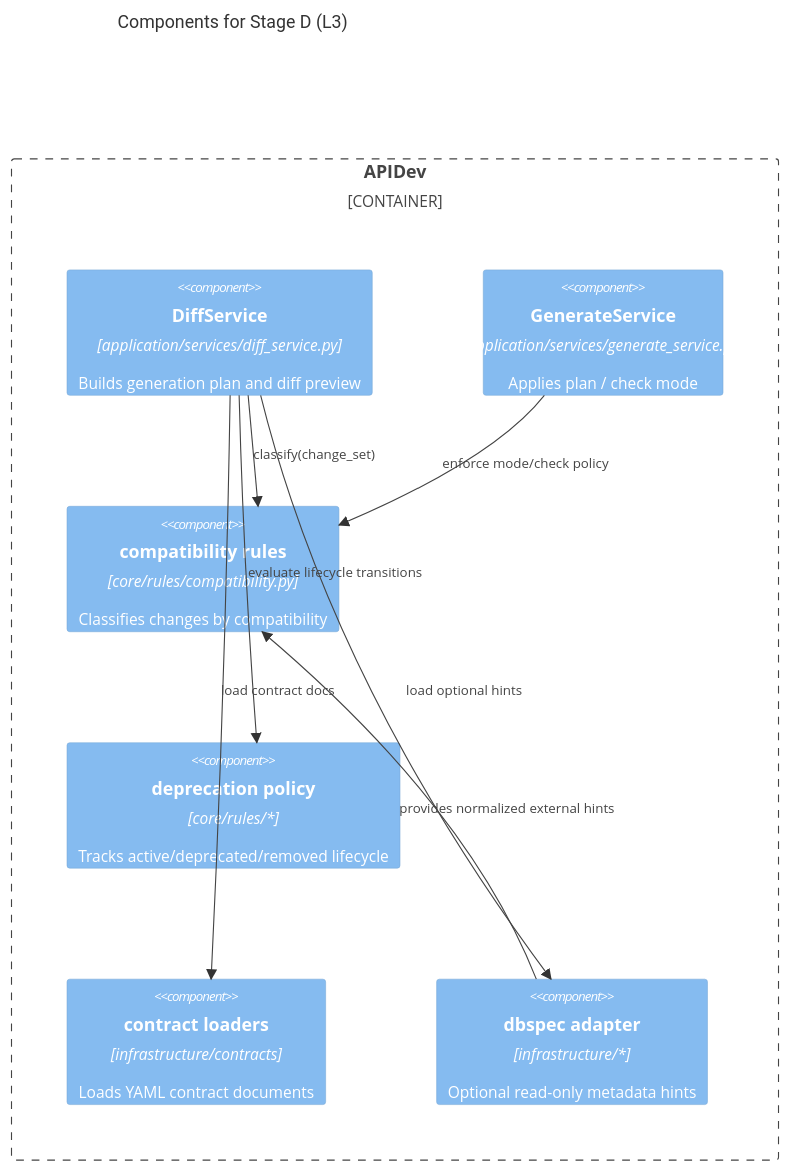
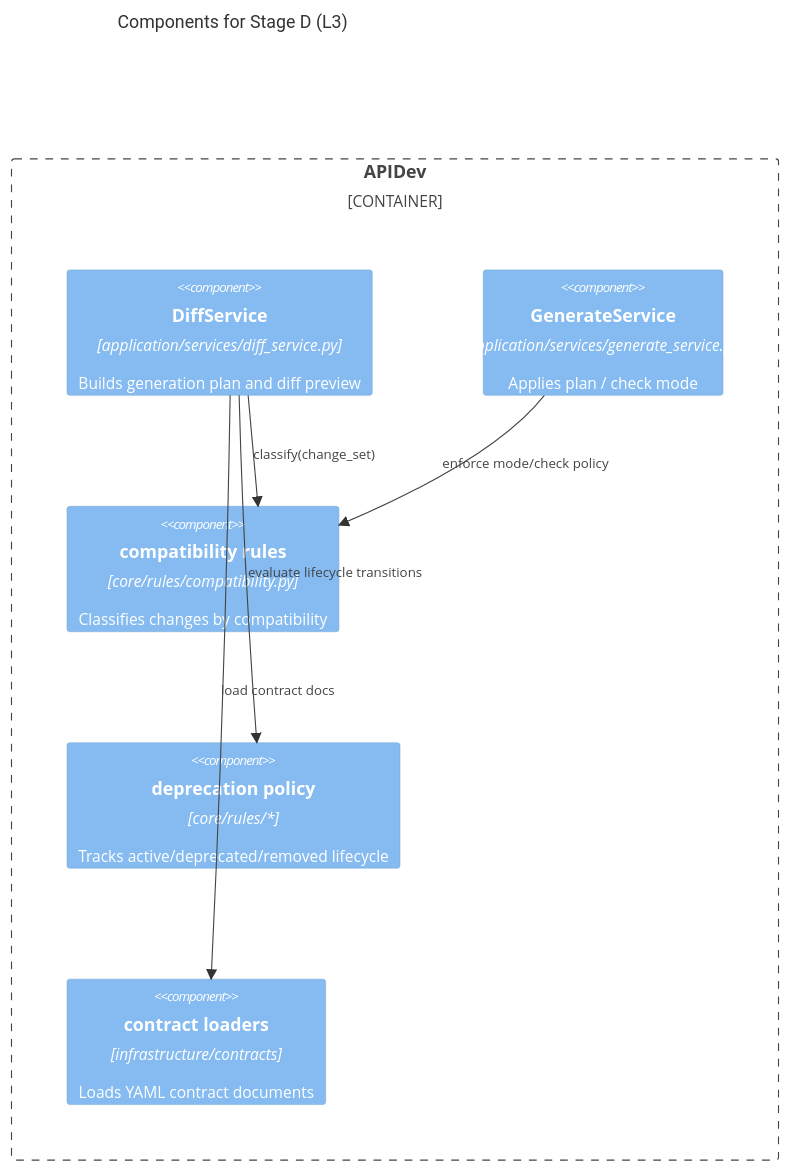
The third of 3 diagrams in openspec/changes/005-contract-evolution-integration/artifacts/design/01-architecture.md (alexey-gladilin/apidev), drawn with Mermaid before and after one commit. The commit also changed other lines of this file and 23 other files, not shown here.

First line of the commit message:
refactor: Remove optional DBSpec integration references and streamline documentation

````diff
--- a/openspec/changes/005-contract-evolution-integration/artifacts/design/01-architecture.md
+++ b/openspec/changes/005-contract-evolution-integration/artifacts/design/01-architecture.md
@@ -39,19 +35,16 @@
 ```mermaid
 C4Component
     title Components for Stage D (L3)
     Container_Boundary(apidev_boundary, "APIDev") {
         Component(diff_service, "DiffService", "application/services/diff_service.py", "Builds generation plan and diff preview")
         Component(generate_service, "GenerateService", "application/services/generate_service.py", "Applies plan / check mode")
         Component(compat_rules, "compatibility rules", "core/rules/compatibility.py", "Classifies changes by compatibility")
         Component(deprecation_policy, "deprecation policy", "core/rules/*", "Tracks active/deprecated/removed lifecycle")
         Component(contract_loader, "contract loaders", "infrastructure/contracts", "Loads YAML contract documents")
-        Component(dbspec_adapter, "dbspec adapter", "infrastructure/*", "Optional read-only metadata hints")
     }
 
     Rel(diff_service, compat_rules, "classify(change_set)")
     Rel(generate_service, compat_rules, "enforce mode/check policy")
     Rel(diff_service, deprecation_policy, "evaluate lifecycle transitions")
     Rel(diff_service, contract_loader, "load contract docs")
-    Rel(diff_service, dbspec_adapter, "load optional hints")
-    Rel(dbspec_adapter, compat_rules, "provides normalized external hints")
 ```
````
